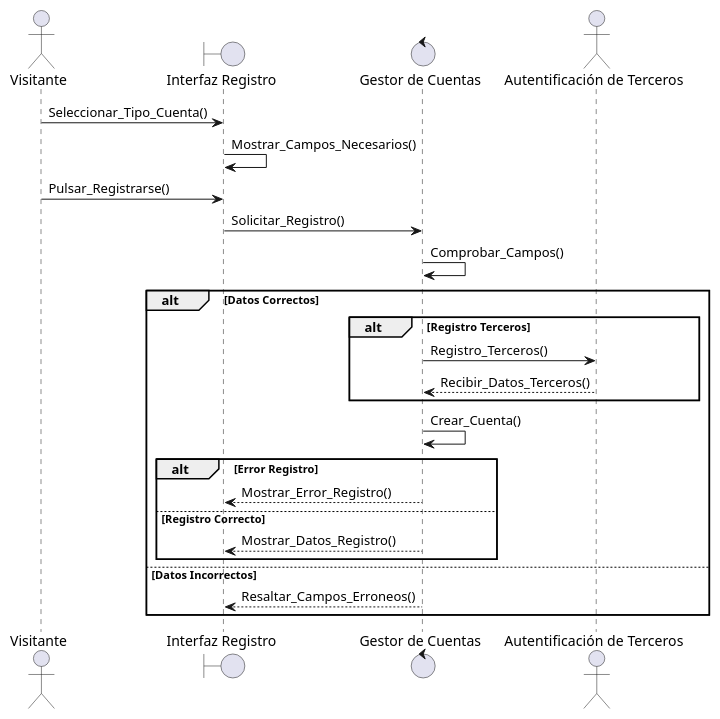
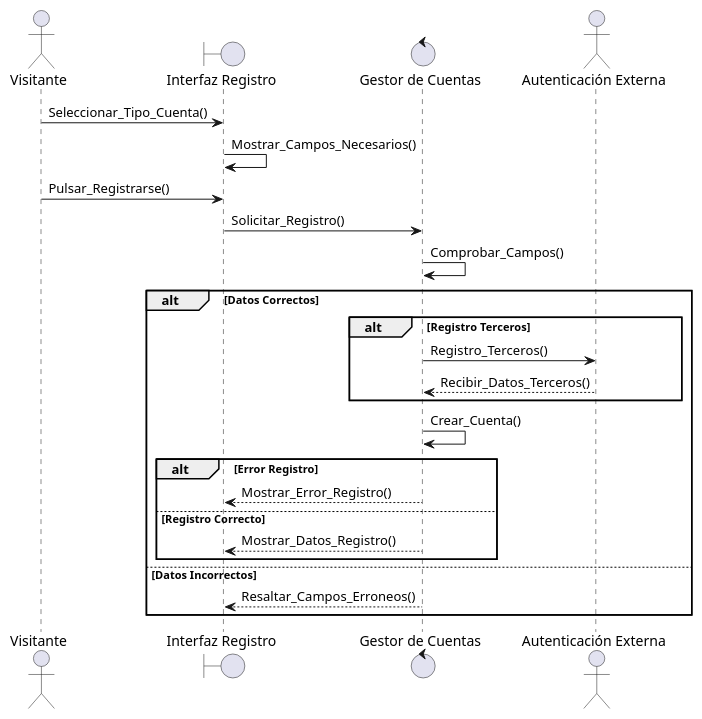
One commit to Ashwrai/Documentation_practice changed the diagram in others/working-documents/sprint-4/umls/registro.plantuml. Above: the diagram before and after it, drawn with PlantUML.

Commit message:
utilizar mismo nombre para login terceros

```diff
--- a/others/working-documents/sprint-4/umls/registro.plantuml
+++ b/others/working-documents/sprint-4/umls/registro.plantuml
@@ -1,26 +1,26 @@
 @startuml Registro
 actor Visitante
 boundary "Interfaz Registro"
 control "Gestor de Cuentas"
-actor "Autentificación de Terceros"
+actor "Autenticación Externa"
 
 Visitante -> "Interfaz Registro": Seleccionar_Tipo_Cuenta()
 "Interfaz Registro" -> "Interfaz Registro": Mostrar_Campos_Necesarios()
 Visitante -> "Interfaz Registro": Pulsar_Registrarse()
 "Interfaz Registro" -> "Gestor de Cuentas": Solicitar_Registro()
 "Gestor de Cuentas" -> "Gestor de Cuentas": Comprobar_Campos()
 alt Datos Correctos
     alt Registro Terceros
-        "Gestor de Cuentas" -> "Autentificación de Terceros": Registro_Terceros()
-        "Autentificación de Terceros" --> "Gestor de Cuentas": Recibir_Datos_Terceros()
+        "Gestor de Cuentas" -> "Autenticación Externa": Registro_Terceros()
+        "Autenticación Externa" --> "Gestor de Cuentas": Recibir_Datos_Terceros()
     end
     "Gestor de Cuentas" -> "Gestor de Cuentas": Crear_Cuenta()
     alt Error Registro
         "Gestor de Cuentas" --> "Interfaz Registro": Mostrar_Error_Registro()
     else Registro Correcto
         "Gestor de Cuentas" --> "Interfaz Registro": Mostrar_Datos_Registro()
     end
 else Datos Incorrectos
     "Gestor de Cuentas" --> "Interfaz Registro": Resaltar_Campos_Erroneos()
 end
 @enduml
```
